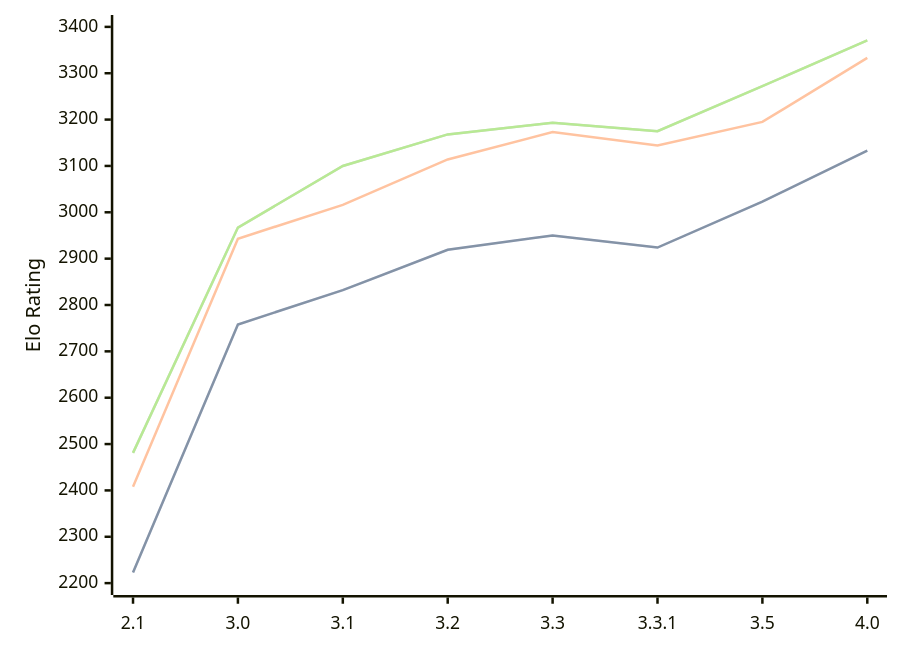
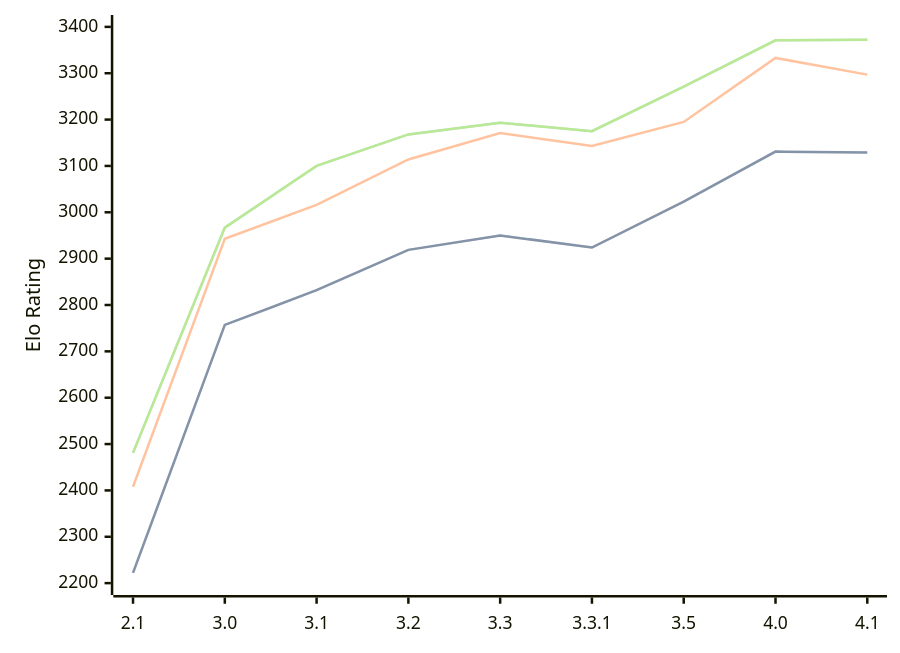
Before and after one commit to computer-chess-index/cci: the diagram in engines/Petrel.md, drawn with Mermaid. The commit also changed other lines of this file, not shown here.

Commit message:
Update CCI Ratings (ELO VLTC) - 2026-09-11

````diff
--- a/engines/Petrel.md
+++ b/engines/Petrel.md
@@ -39,11 +39,11 @@
 ```mermaid
 %%{init: {"theme":"base","themeVariables":{"seriesColors:['#a3a3a3','#222221','#faa371']}}}%%
 xychart-beta
-  x-axis ["2.1", "3.0", "3.1", "3.2", "3.3", "3.3.1", "3.5", "4.0"]
+  x-axis ["2.1", "3.0", "3.1", "3.2", "3.3", "3.3.1", "3.5", "4.0", "4.1"]
   y-axis "Elo Rating" 2200 --> 3400
-  line "" [2223, 2758, 2832, 2919, 2950, 2924, 3023, 3133]
-  line "STC (8.0+0.08s)" [2223, 2758, 2832, 2919, 2950, 2924, 3023, 3133]
-  line "LTC (60.0+0.60s)" [2408, 2943, 3016, 3114, 3173, 3144, 3195, 3333]
-  line "" [2481, 2967, 3100, 3168, 3193, 3175, 3272, 3371]
-  line "VLTC (2m24s+1.12s)" [2481, 2967, 3100, 3168, 3193, 3175, 3272, 3371]
+  line "" [2222, 2757, 2832, 2919, 2950, 2924, 3023, 3131, 3129]
+  line "STC (8.0+0.08s)" [2222, 2757, 2832, 2919, 2950, 2924, 3023, 3131, 3129]
+  line "LTC (60.0+0.60s)" [2408, 2943, 3016, 3114, 3171, 3143, 3195, 3333, 3297]
+  line "" [2481, 2967, 3100, 3168, 3193, 3175, 3271, 3371, 3372]
+  line "VLTC (2m24s+1.12s)" [2481, 2967, 3100, 3168, 3193, 3175, 3271, 3371, 3372]
 ```
````
